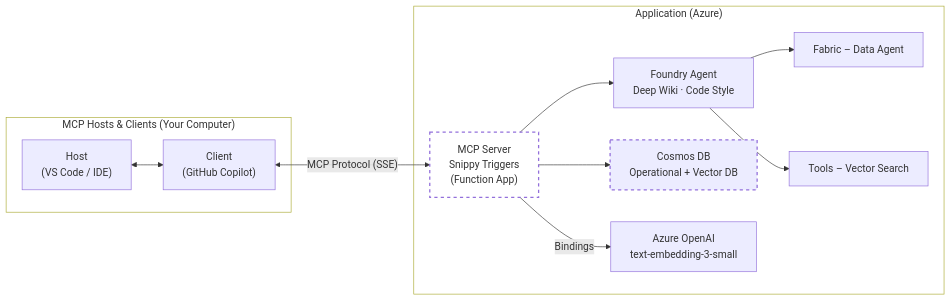
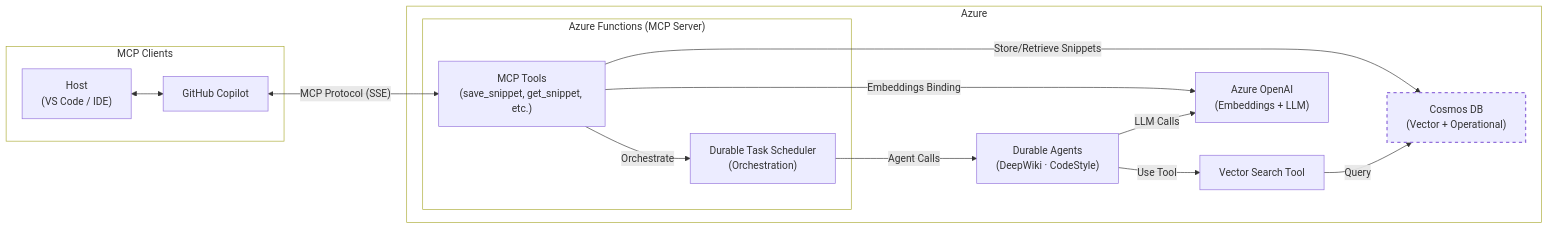
One commit to Azure-Samples/snippy changed the diagram in README.md. Above: the diagram before and after it, drawn with Mermaid.

Commit message:
fix: update README architecture diagram to show accurate Durable Agents architecture
- Remove fictional 'Foundry Agent' and 'Fabric – Data Agent' components
- Show actual architecture: MCP Tools → DTS → Durable Agents (DeepWiki, CodeStyle)
- Add Vector Search tool used by agents
- Clarify proper connections: embeddings binding, orchestration flow, LLM calls
- Align diagram with deep-wiki.md architecture representation

````diff
--- a/README.md
+++ b/README.md
@@ -83,39 +83,39 @@
 ```mermaid
 flowchart LR
-    %% ─── MCP Hosts & Clients (local) ──────────────────────────────
-    subgraph mcphosts["MCP Hosts & Clients (Your Computer)"]
-        Host["Host<br/>(VS Code / IDE)"]
-        Client["Client<br/>(GitHub Copilot)"]
+    %% MCP Clients
+    subgraph clients["MCP Clients"]
+        Host["Host<br/>(VS Code / IDE)"]
+        Copilot["GitHub Copilot"]
     end
 
-    %% ─── Application on Azure (remote) ────────────────────────────
-    subgraph app["Application (Azure)"]
-        Snippy["MCP Server<br/>Snippy Triggers<br/>(Function App)"]:::dashed
-        Foundry["Foundry Agent<br/>Deep Wiki · Code Style"]
-        Cosmos["Cosmos DB<br/>Operational + Vector DB"]:::datasource
-        AOAI["Azure OpenAI<br/>text‑embedding‑3‑small"]
-        FabricDA["Fabric – Data Agent"]
-        VectorTool["Tools – Vector Search"]
+    %% Azure Functions & Services
+    subgraph azure["Azure"]
+        subgraph functions["Azure Functions (MCP Server)"]
+            MCPTools["MCP Tools<br/>(save_snippet, get_snippet, etc.)"]
+            DTS["Durable Task Scheduler<br/>(Orchestration)"]
+        end
+        
+        Agents["Durable Agents<br/>(DeepWiki · CodeStyle)"]
+        VectorTool["Vector Search Tool"]
+        Cosmos["Cosmos DB<br/>(Vector + Operational)"]
+        OpenAI["Azure OpenAI<br/>(Embeddings + LLM)"]
     end
 
-    %% ─── Local interactions ───────────────────────────────────────
-    Host <--> Client
+    %% Connections
+    Host <--> Copilot
+    Copilot <-- "MCP Protocol (SSE)" --> MCPTools
+    MCPTools -- "Embeddings Binding" --> OpenAI
+    MCPTools -- "Store/Retrieve Snippets" --> Cosmos
+    MCPTools -- "Orchestrate" --> DTS
+    DTS -- "Agent Calls" --> Agents
+    Agents -- "Use Tool" --> VectorTool
+    VectorTool -- "Query" --> Cosmos
+    Agents -- "LLM Calls" --> OpenAI
 
-    %% ─── MCP protocol to Azure ────────────────────────────────────
-    Client <-- "MCP Protocol (SSE)" --> Snippy
-
-    %% ─── Bindings & data flow inside Azure ────────────────────────
-    Snippy -- Bindings --> AOAI
-    Snippy --> Cosmos
-    Snippy --> Foundry
-    Foundry --> FabricDA
-    Foundry --> VectorTool
-
-    %% ─── Styling ──────────────────────────────────────────────────
+    %% Styling
     classDef datasource stroke-width:2,stroke-dasharray:5 5
-    classDef dashed stroke-width:2,stroke-dasharray:5 5,fill:transparent
     class Cosmos datasource
-    class Snippy dashed
-    style mcphosts fill:transparent
-    style app fill:transparent
+    style clients fill:transparent
+    style azure fill:transparent
+    style functions fill:transparent
 ```
````
